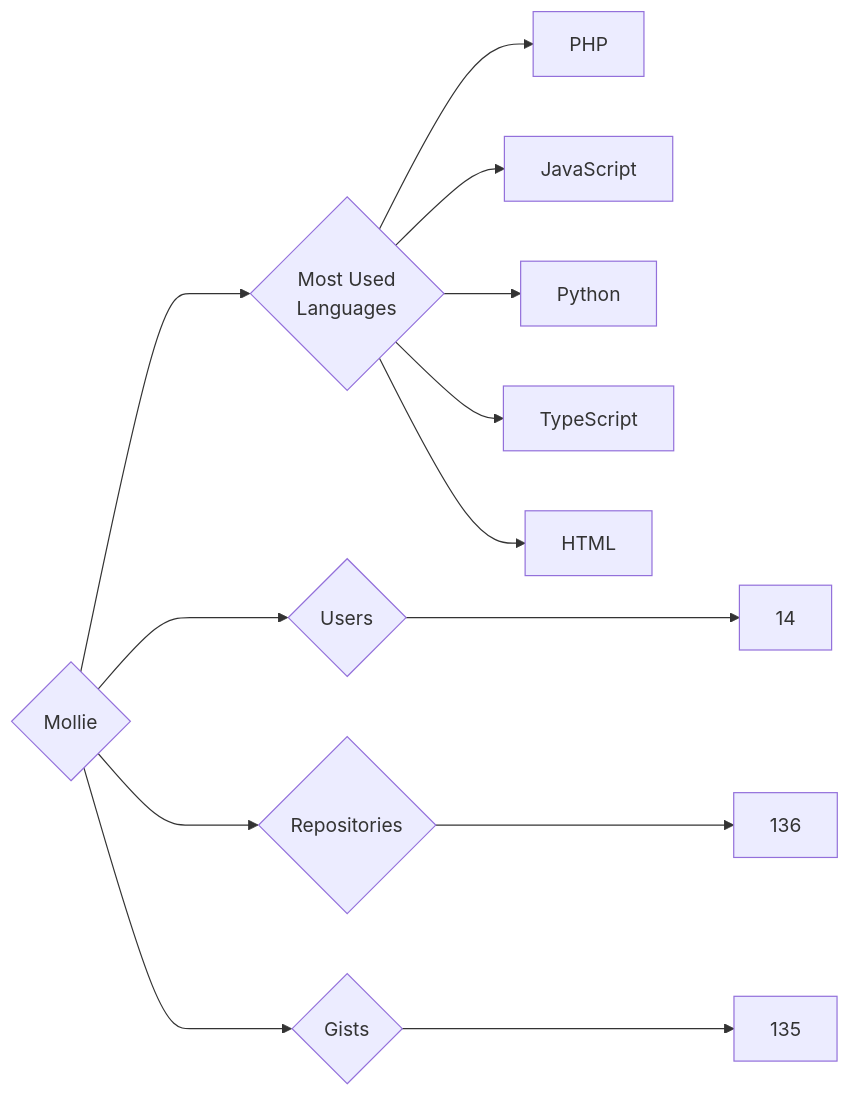
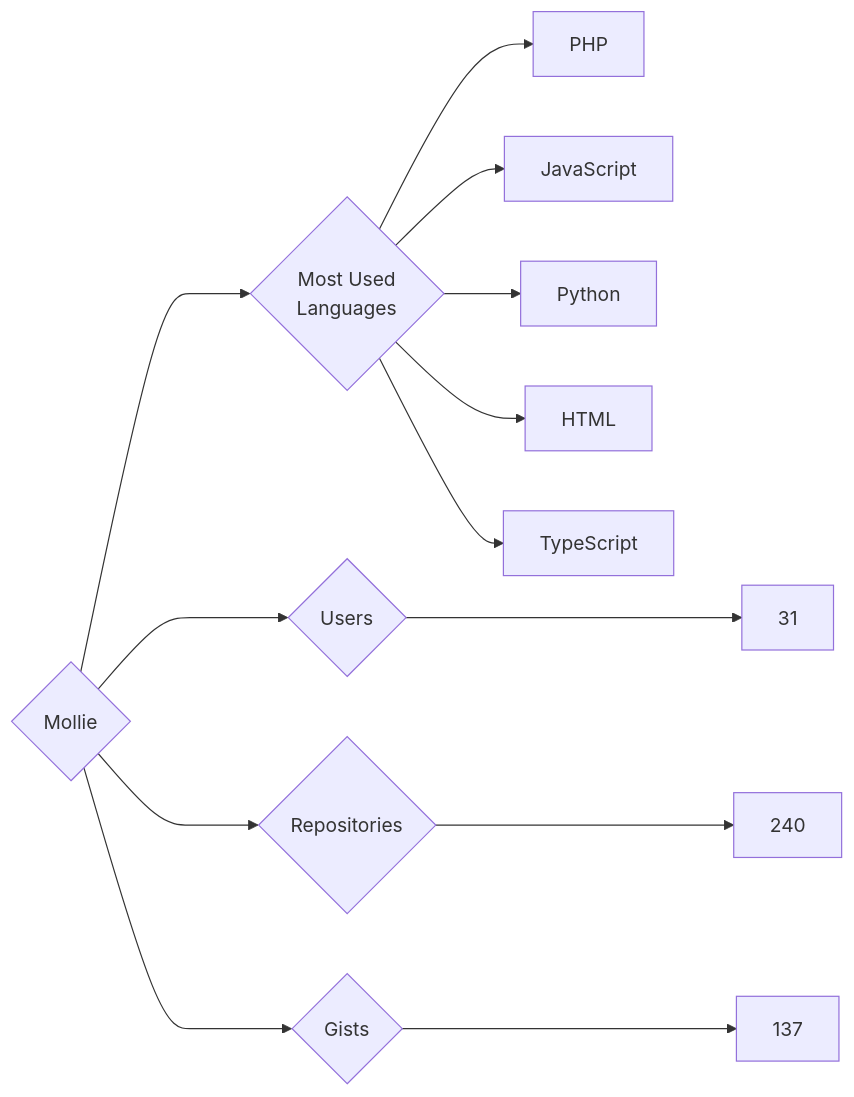
Before and after one commit to trickest/insiders: the diagram in targets/Mollie/README.md, drawn with Mermaid. The commit also changed 940 other files, not shown here.

````diff
--- a/targets/Mollie/README.md
+++ b/targets/Mollie/README.md
@@ -3,13 +3,13 @@
 ```mermaid
 graph LR
 COMPANY_NAME{Mollie}
-COMPANY_NAME ---> U{Users} ---> UN[14]
-COMPANY_NAME ---> R{Repositories} ---> RN[136]
-COMPANY_NAME ---> G{Gists} ---> GN[135]
+COMPANY_NAME ---> U{Users} ---> UN[31]
+COMPANY_NAME ---> R{Repositories} ---> RN[240]
+COMPANY_NAME ---> G{Gists} ---> GN[137]
 COMPANY_NAME ---> ML{Most Used<br>Languages}
 ML --> PHP[PHP]
 ML --> JavaScript[JavaScript]
 ML --> Python[Python]
+ML --> HTML[HTML]
 ML --> TypeScript[TypeScript]
-ML --> HTML[HTML]
 ```
````
